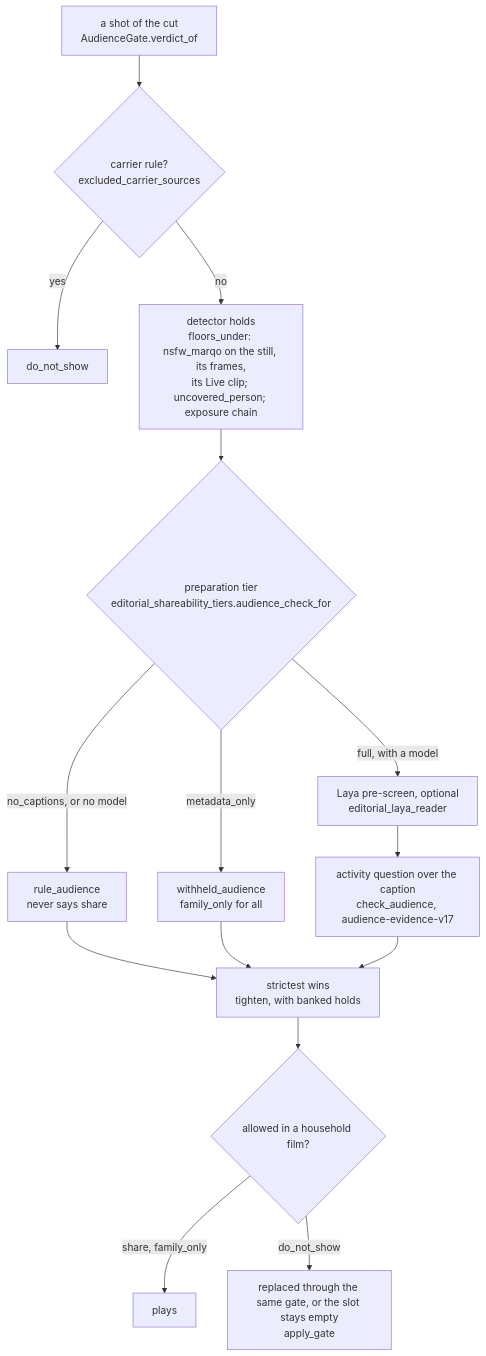
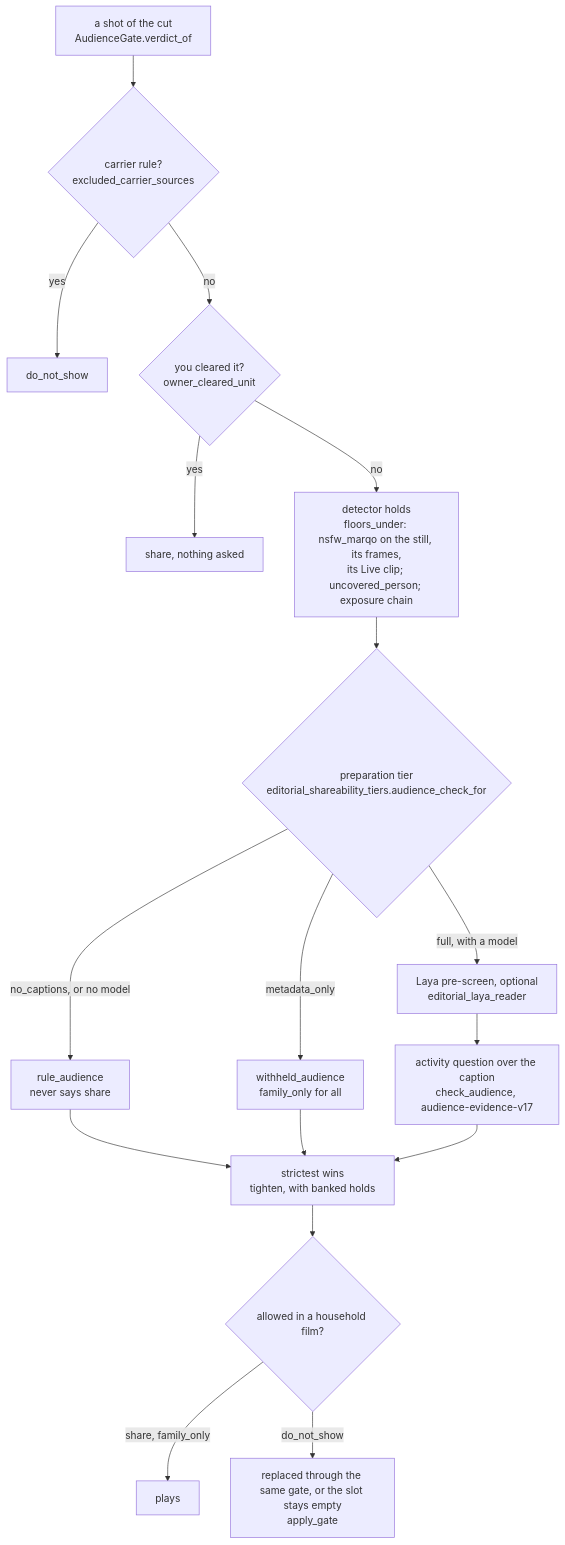
The second of 2 diagrams in docs-site/docs/how-it-chooses/family-audience-duplicates.md (sam-dumont/immich-video-memory-generator), drawn with Mermaid before and after one commit. The commit also changed other lines of this file and 30 other files, not shown here.

````diff
--- a/docs-site/docs/how-it-chooses/family-audience-duplicates.md
+++ b/docs-site/docs/how-it-chooses/family-audience-duplicates.md
@@ -86,17 +86,19 @@
 ```mermaid
 flowchart TD
   shot["a shot of the cut<br/>AudienceGate.verdict_of"] --> rule{"carrier rule?<br/>excluded_carrier_sources"}
   rule -- yes --> dns["do_not_show"]
-  rule -- no --> floor["detector holds<br/>floors_under: nsfw_marqo on the still, its frames,<br/>its Live clip; uncovered_person; exposure chain"]
+  rule -- no --> owner{"you cleared it?<br/>owner_cleared_unit"}
+  owner -- yes --> share["share, nothing asked"]
+  owner -- no --> floor["detector holds<br/>floors_under: nsfw_marqo on the still, its frames,<br/>its Live clip; uncovered_person; exposure chain"]
   floor --> tier{"preparation tier<br/>editorial_shareability_tiers.audience_check_for"}
   tier -- "no_captions, or no model" --> ra["rule_audience<br/>never says share"]
   tier -- "metadata_only" --> wa["withheld_audience<br/>family_only for all"]
   tier -- "full, with a model" --> laya["Laya pre-screen, optional<br/>editorial_laya_reader"]
   laya --> ca["activity question over the caption<br/>check_audience, audience-evidence-v17"]
   ra --> strict["strictest wins<br/>tighten, with banked holds"]
   wa --> strict
   ca --> strict
   strict --> allowed{"allowed in a household film?"}
   allowed -- "share, family_only" --> keep["plays"]
   allowed -- "do_not_show" --> repl["replaced through the same gate, or the slot stays empty<br/>apply_gate"]
 ```
````
